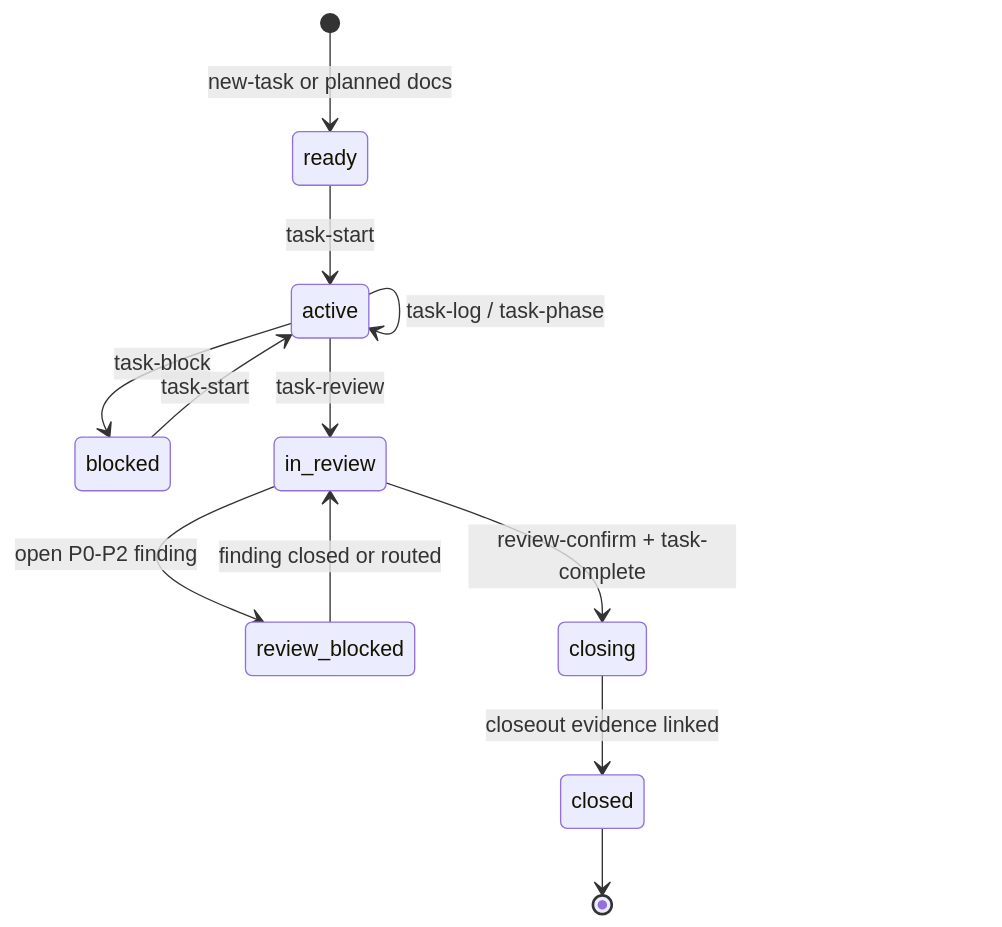
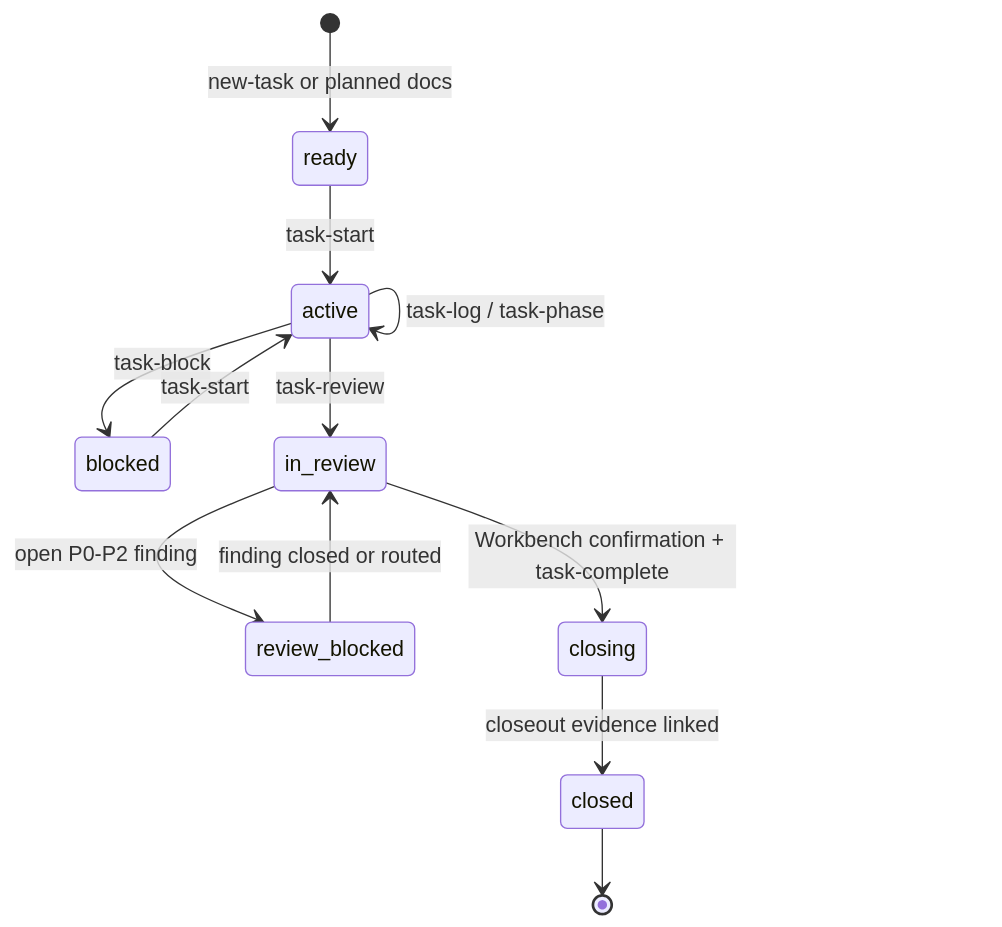
Before and after one commit to FairladyZ625/coding-agent-harness: the sixth of 11 diagrams in docs-release/architecture/overview.md, drawn with Mermaid. The commit also changed other lines of this file and 33 other files, not shown here.

Commit message:
fix: route review confirmation through dashboard

````diff
--- a/docs-release/architecture/overview.md
+++ b/docs-release/architecture/overview.md
@@ -161,14 +161,14 @@
 ```mermaid
 stateDiagram-v2
   [*] --> ready: new-task or planned docs
   ready --> active: task-start
   active --> active: task-log / task-phase
   active --> blocked: task-block
   blocked --> active: task-start
   active --> in_review: task-review
   in_review --> review_blocked: open P0-P2 finding
   review_blocked --> in_review: finding closed or routed
-  in_review --> closing: review-confirm + task-complete
+  in_review --> closing: Workbench confirmation + task-complete
   closing --> closed: closeout evidence linked
   closed --> [*]
 ```
````
